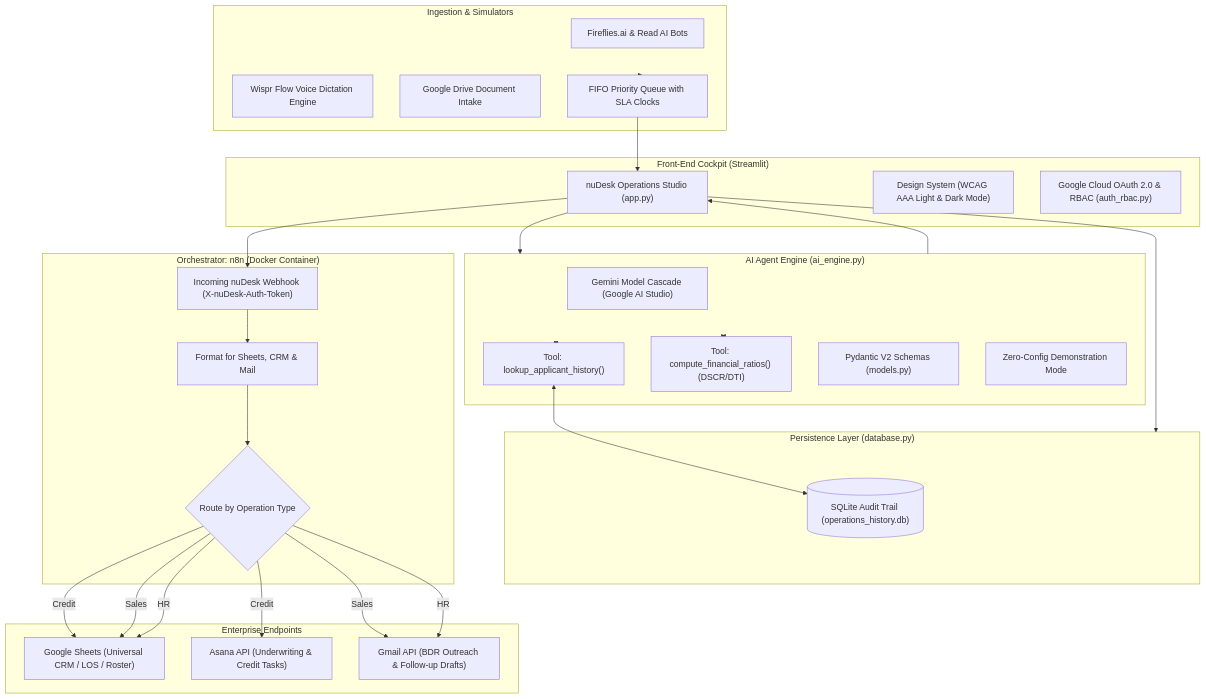
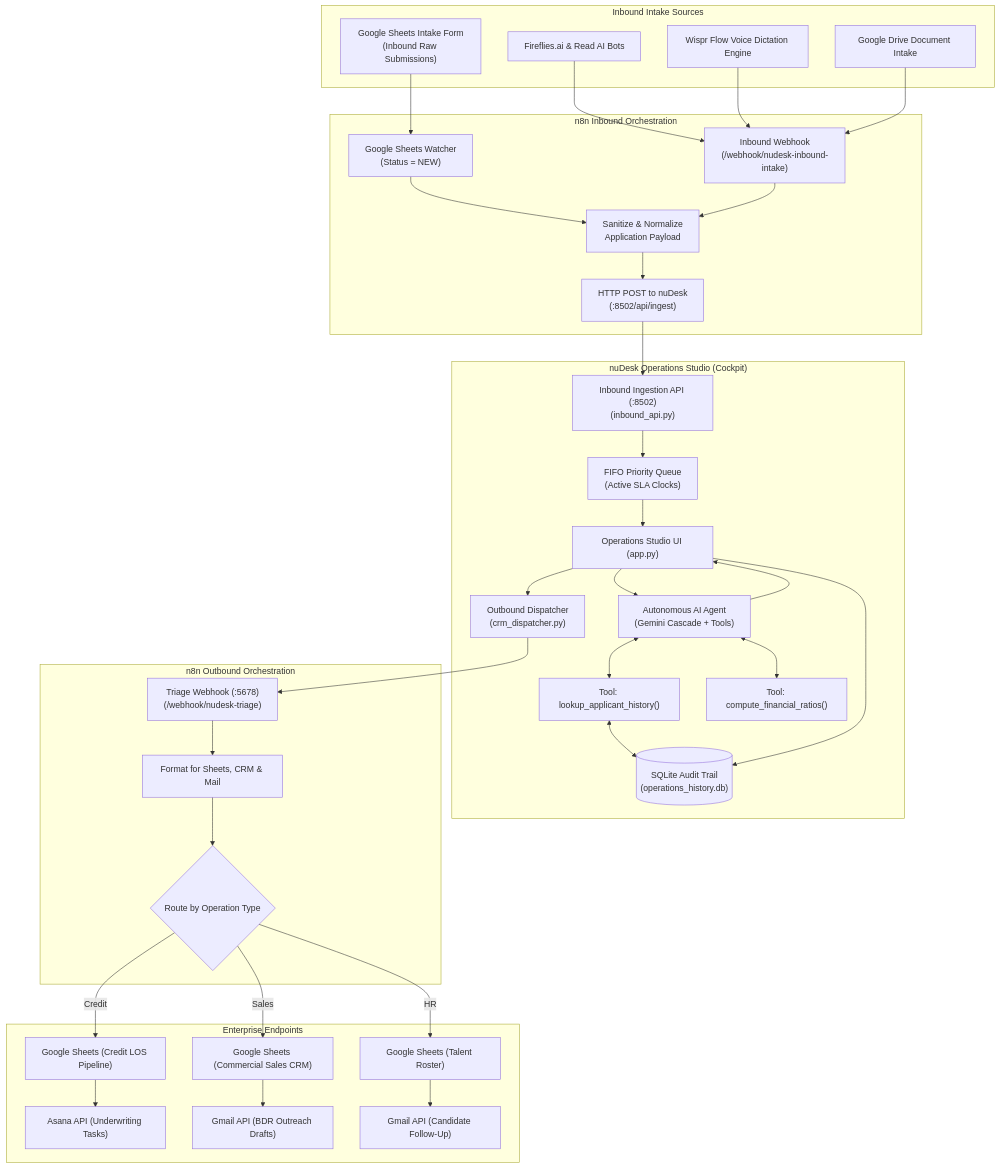
Before and after one commit to opyntorr/nudesk-ai-ops-pipeline: the first of 2 diagrams in README.md, drawn with Mermaid. The commit also changed other lines of this file and 7 other files, not shown here.

Commit message:
feat(n8n-automation): implement closed-loop bidirectional intake pipeline from google sheets with port 8502 ingestion api

````diff
--- a/README.md
+++ b/README.md
@@ -51,55 +51,60 @@
 ```mermaid
 flowchart TD
-    subgraph Frontend ["Front-End Cockpit (Streamlit)"]
-        UI["nuDesk Operations Studio (app.py)"]
-        Theme["Design System (WCAG AAA Light & Dark Mode)"]
-        RBAC["Google Cloud OAuth 2.0 & RBAC (auth_rbac.py)"]
-    end
-
-    subgraph Ingestion ["Ingestion & Simulators"]
+    subgraph InboundSources ["Inbound Intake Sources"]
+        GSheetInbound["Google Sheets Intake Form\n(Inbound Raw Submissions)"]
         MeetBots["Fireflies.ai & Read AI Bots"]
         Wispr["Wispr Flow Voice Dictation Engine"]
         GDrive["Google Drive Document Intake"]
-        Queue["FIFO Priority Queue with SLA Clocks"]
     end
 
-    subgraph AgenticCore ["AI Agent Engine (ai_engine.py)"]
-        Cascade["Gemini Model Cascade (Google AI Studio)"]
-        ToolDB["Tool: lookup_applicant_history()"]
-        ToolCalc["Tool: compute_financial_ratios() (DSCR/DTI)"]
-        Pydantic["Pydantic V2 Schemas (models.py)"]
-        Fallback["Zero-Config Demonstration Mode"]
+    subgraph n8nIngress ["n8n Inbound Orchestration"]
+        GSheetTrigger["Google Sheets Watcher\n(Status = NEW)"]
+        InboundWebhook["Inbound Webhook\n(/webhook/nudesk-inbound-intake)"]
+        Sanitizer["Sanitize & Normalize\nApplication Payload"]
+        HTTPDispatch["HTTP POST to nuDesk\n(:8502/api/ingest)"]
     end
 
-    subgraph Persistence ["Persistence Layer (database.py)"]
-        SQLite[("SQLite Audit Trail (operations_history.db)")]
+    subgraph Cockpit ["nuDesk Operations Studio (Cockpit)"]
+        IngestAPI["Inbound Ingestion API (:8502)\n(inbound_api.py)"]
+        Queue["FIFO Priority Queue\n(Active SLA Clocks)"]
+        UI["Operations Studio UI (app.py)"]
+        AgenticCore["Autonomous AI Agent\n(Gemini Cascade + Tools)"]
+        ToolDB["Tool: lookup_applicant_history()"]
+        ToolCalc["Tool: compute_financial_ratios()"]
+        Persistence[("SQLite Audit Trail\n(operations_history.db)")]
+        Dispatcher["Outbound Dispatcher\n(crm_dispatcher.py)"]
     end
 
-    subgraph Orchestration ["Orchestrator: n8n (Docker Container)"]
-        Webhook["Incoming nuDesk Webhook (X-nuDesk-Auth-Token)"]
+    subgraph n8nEgress ["n8n Outbound Orchestration"]
+        OutboundWebhook["Triage Webhook (:5678)\n(/webhook/nudesk-triage)"]
         Transformer["Format for Sheets, CRM & Mail"]
         Switch{"Route by Operation Type"}
     end
 
     subgraph Destinations ["Enterprise Endpoints"]
-        GSheets["Google Sheets (Universal CRM / LOS / Roster)"]
-        AsanaTask["Asana API (Underwriting & Credit Tasks)"]
-        GmailDraft["Gmail API (BDR Outreach & Follow-up Drafts)"]
+        CreditLOS["Google Sheets (Credit LOS Pipeline)"]
+        AsanaTask["Asana API (Underwriting Tasks)"]
+        SalesCRM["Google Sheets (Commercial Sales CRM)"]
+        GmailBDR["Gmail API (BDR Outreach Drafts)"]
+        TalentRoster["Google Sheets (Talent Roster)"]
+        GmailHR["Gmail API (Candidate Follow-Up)"]
     end
 
-    Ingestion --> Queue --> UI
+    GSheetInbound --> GSheetTrigger --> Sanitizer
+    MeetBots --> InboundWebhook --> Sanitizer
+    Wispr --> InboundWebhook
+    GDrive --> InboundWebhook
+    Sanitizer --> HTTPDispatch --> IngestAPI
+    IngestAPI --> Queue --> UI
     UI --> AgenticCore
     AgenticCore <--> ToolDB
     AgenticCore <--> ToolCalc
-    ToolDB <--> SQLite
+    ToolDB <--> Persistence
     AgenticCore --> UI
     UI --> Persistence
-    UI --> Webhook
-    Webhook --> Transformer --> Switch
-    Switch -- "Credit" --> GSheets
-    Switch -- "Credit" --> AsanaTask
-    Switch -- "Sales" --> GSheets
-    Switch -- "Sales" --> GmailDraft
-    Switch -- "HR" --> GSheets
-    Switch -- "HR" --> GmailDraft
+    UI --> Dispatcher --> OutboundWebhook
+    OutboundWebhook --> Transformer --> Switch
+    Switch -- "Credit" --> CreditLOS --> AsanaTask
+    Switch -- "Sales" --> SalesCRM --> GmailBDR
+    Switch -- "HR" --> TalentRoster --> GmailHR
 ```
````
